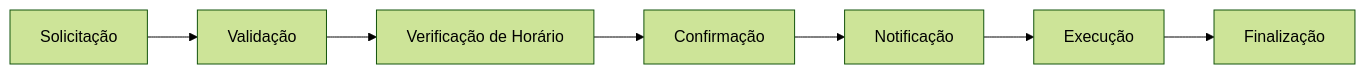
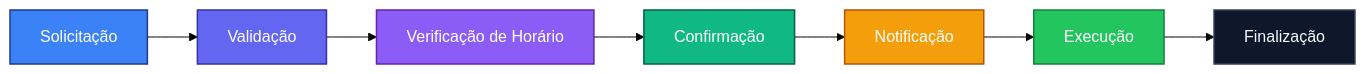
Before and after one commit to cold-tech/documentacao: the second of 2 diagrams in documentacaoTecnica/ESCOPO_PROJETO.md, drawn with Mermaid (forest theme). The commit also changed other lines of this file, not shown here.

````diff
--- a/documentacaoTecnica/ESCOPO_PROJETO.md
+++ b/documentacaoTecnica/ESCOPO_PROJETO.md
@@ -94,9 +105,19 @@
 ```mermaid
 graph LR
     A[Solicitação] --> B[Validação]
     B --> C[Verificação de Horário]
     C --> D[Confirmação]
     D --> E[Notificação]
     E --> F[Execução]
     F --> G[Finalização]
+
+    %% Estilo bonito, moderno e sem exageros
+    style A fill:#3b82f6,stroke:#1e3a8a,stroke-width:1.5px,color:#fff
+    style B fill:#6366f1,stroke:#3730a3,stroke-width:1.5px,color:#fff
+    style C fill:#8b5cf6,stroke:#6b21a8,stroke-width:1.5px,color:#fff
+    style D fill:#10b981,stroke:#065f46,stroke-width:1.5px,color:#fff
+    style E fill:#f59e0b,stroke:#b45309,stroke-width:1.5px,color:#fff
+    style F fill:#22c55e,stroke:#15803d,stroke-width:1.5px,color:#fff
+    style G fill:#0f172a,stroke:#334155,stroke-width:1.5px,color:#f8fafc
+
 ```
````
